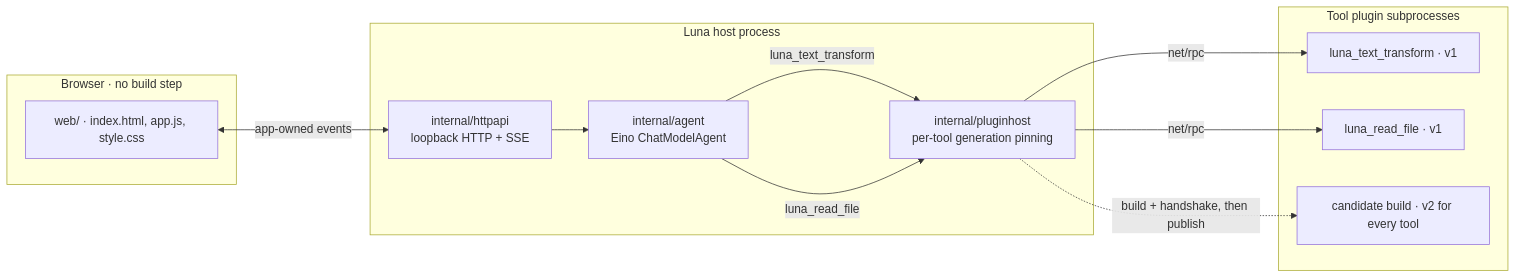
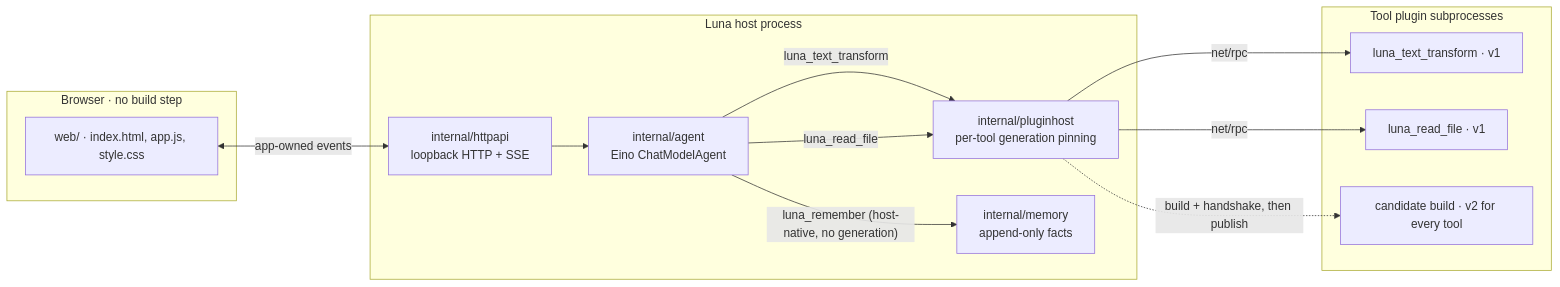
The diagram in README.md (Qaraku/luna-agent), drawn with Mermaid before and after one commit. The commit also changed other lines of this file and 2 other files, not shown here.

Commit message:
docs: describe bounded memory and mark the v0.1 report as point-in-time

````diff
--- a/README.md
+++ b/README.md
@@ -13,26 +13,28 @@
 ```mermaid
 flowchart LR
     subgraph Browser["Browser · no build step"]
         UI["web/ · index.html, app.js, style.css"]
     end
 
     subgraph Host["Luna host process"]
         API["internal/httpapi<br/>loopback HTTP + SSE"]
         Agent["internal/agent<br/>Eino ChatModelAgent"]
         PH["internal/pluginhost<br/>per-tool generation pinning"]
+        Mem["internal/memory<br/>append-only facts"]
     end
 
     subgraph Plugins["Tool plugin subprocesses"]
         T1["luna_text_transform · v1"]
         R1["luna_read_file · v1"]
         C["candidate build · v2 for every tool"]
     end
 
     UI <-->|"app-owned events"| API
     API --> Agent
+    Agent -->|"luna_remember (host-native, no generation)"| Mem
     Agent -->|"luna_text_transform"| PH
     Agent -->|"luna_read_file"| PH
     PH -->|"net/rpc"| T1
     PH -->|"net/rpc"| R1
     PH -.->|"build + handshake, then publish"| C
 ```
````
